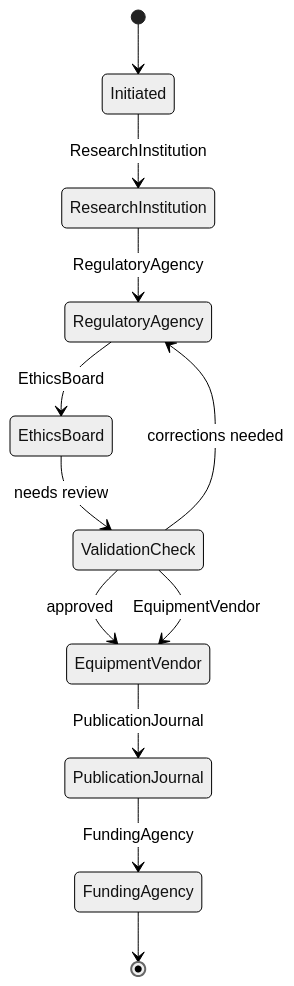
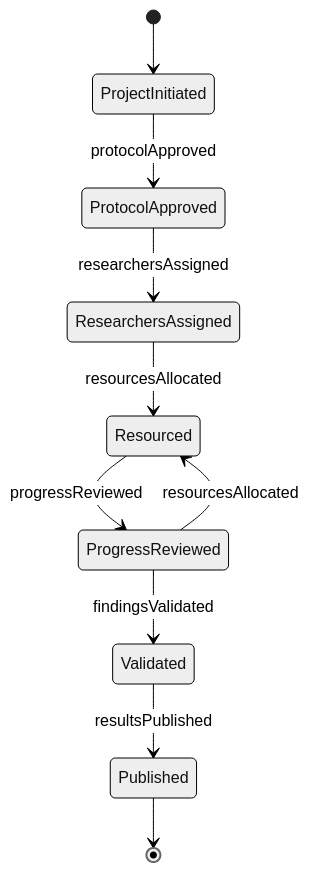
The second of 4 diagrams in GuidingDirectingAndMotivatingSubordinates/DirectScientificOrTechnicalActivities/DirectScientificActivities.mdx (dot-org-ai/tasks.org.ai), drawn with Mermaid (neutral theme) before and after one commit. The commit also changed other lines of this file and 515 other files, not shown here.

````diff
--- a/GuidingDirectingAndMotivatingSubordinates/DirectScientificOrTechnicalActivities/DirectScientificActivities.mdx
+++ b/GuidingDirectingAndMotivatingSubordinates/DirectScientificOrTechnicalActivities/DirectScientificActivities.mdx
@@ -102,14 +100,12 @@
 ```mermaid
 stateDiagram-v2
-    [*] --> Initiated
-    Initiated --> ResearchInstitution: ResearchInstitution
-    ResearchInstitution --> RegulatoryAgency: RegulatoryAgency
-    RegulatoryAgency --> EthicsBoard: EthicsBoard
-    EthicsBoard --> ValidationCheck: needs review
-    ValidationCheck --> RegulatoryAgency: corrections needed
-    ValidationCheck --> EquipmentVendor: approved
-    ValidationCheck --> EquipmentVendor: EquipmentVendor
-    EquipmentVendor --> PublicationJournal: PublicationJournal
-    PublicationJournal --> FundingAgency: FundingAgency
-    FundingAgency --> [*]
+    [*] --> ProjectInitiated
+    ProjectInitiated --> ProtocolApproved : protocolApproved
+    ProtocolApproved --> ResearchersAssigned : researchersAssigned
+    ResearchersAssigned --> Resourced : resourcesAllocated
+    Resourced --> ProgressReviewed : progressReviewed
+    ProgressReviewed --> Resourced : resourcesAllocated
+    ProgressReviewed --> Validated : findingsValidated
+    Validated --> Published : resultsPublished
+    Published --> [*]
 ```
````
